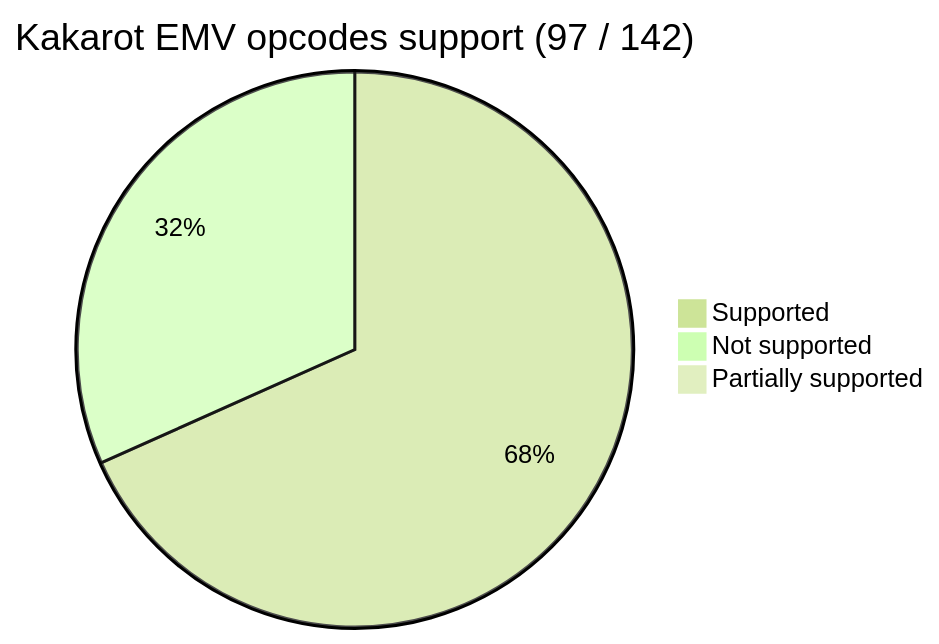
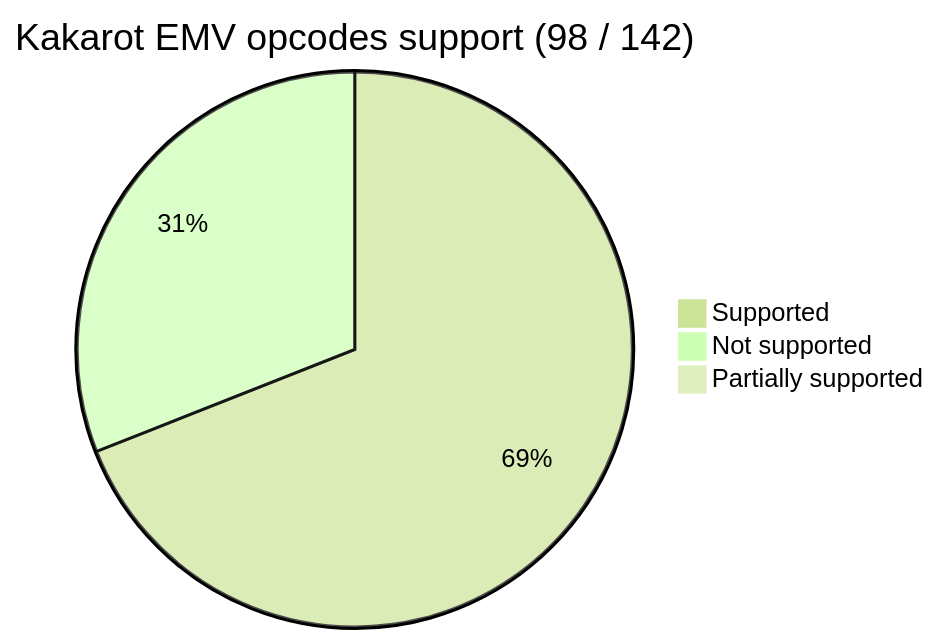
The first of 2 diagrams in README.md (kkrt-labs/kakarot), drawn with Mermaid before and after one commit. The commit also changed 4 other files, not shown here.

````diff
--- a/README.md
+++ b/README.md
@@ -40,9 +40,9 @@
 ```mermaid
 %%{init: {'theme': 'forest', 'themeVariables': { 'darkMode': 'false'}}}%%
 
-pie title Kakarot EMV opcodes support (97 / 142)
-    "Supported" : 97
-    "Not supported" : 45
+pie title Kakarot EMV opcodes support (98 / 142)
+    "Supported" : 98
+    "Not supported" : 44
 
     "Partially supported" : 0
 ```
````
